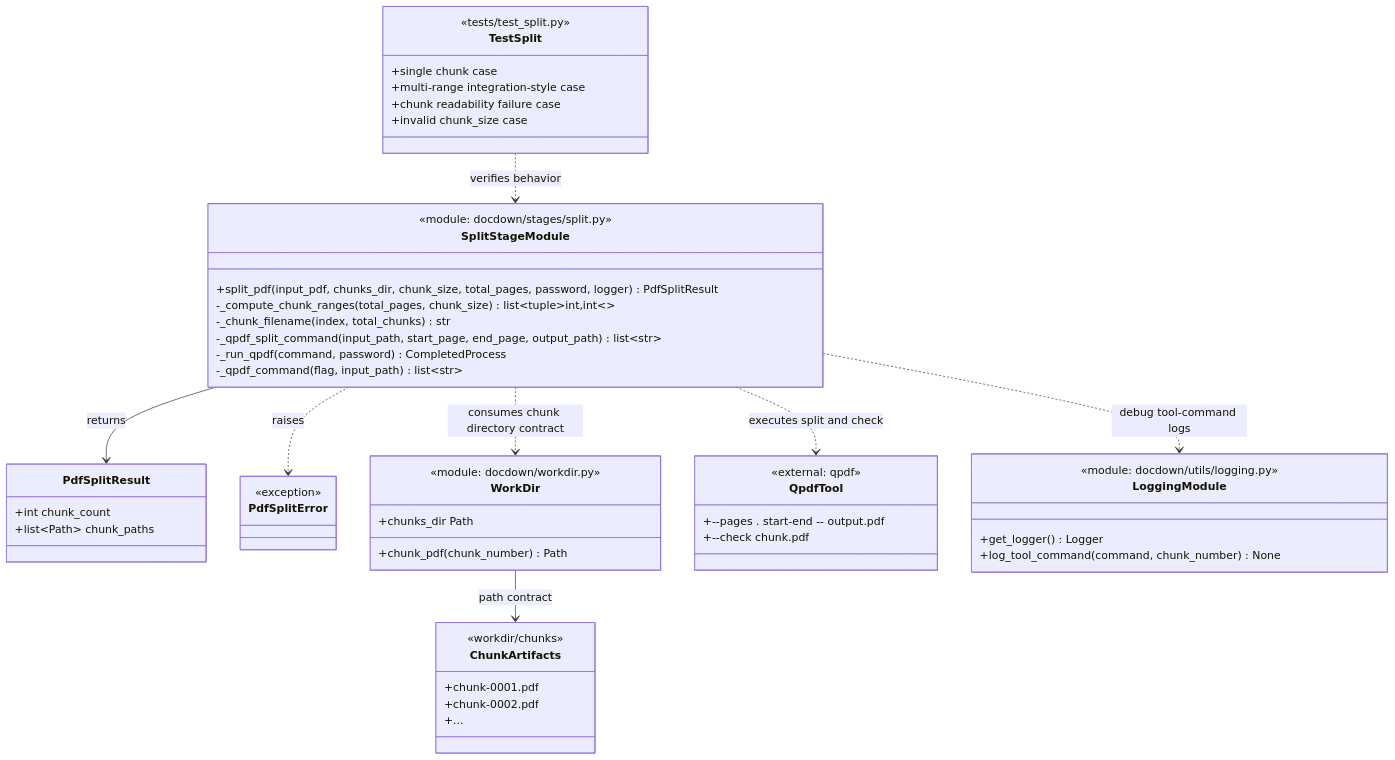
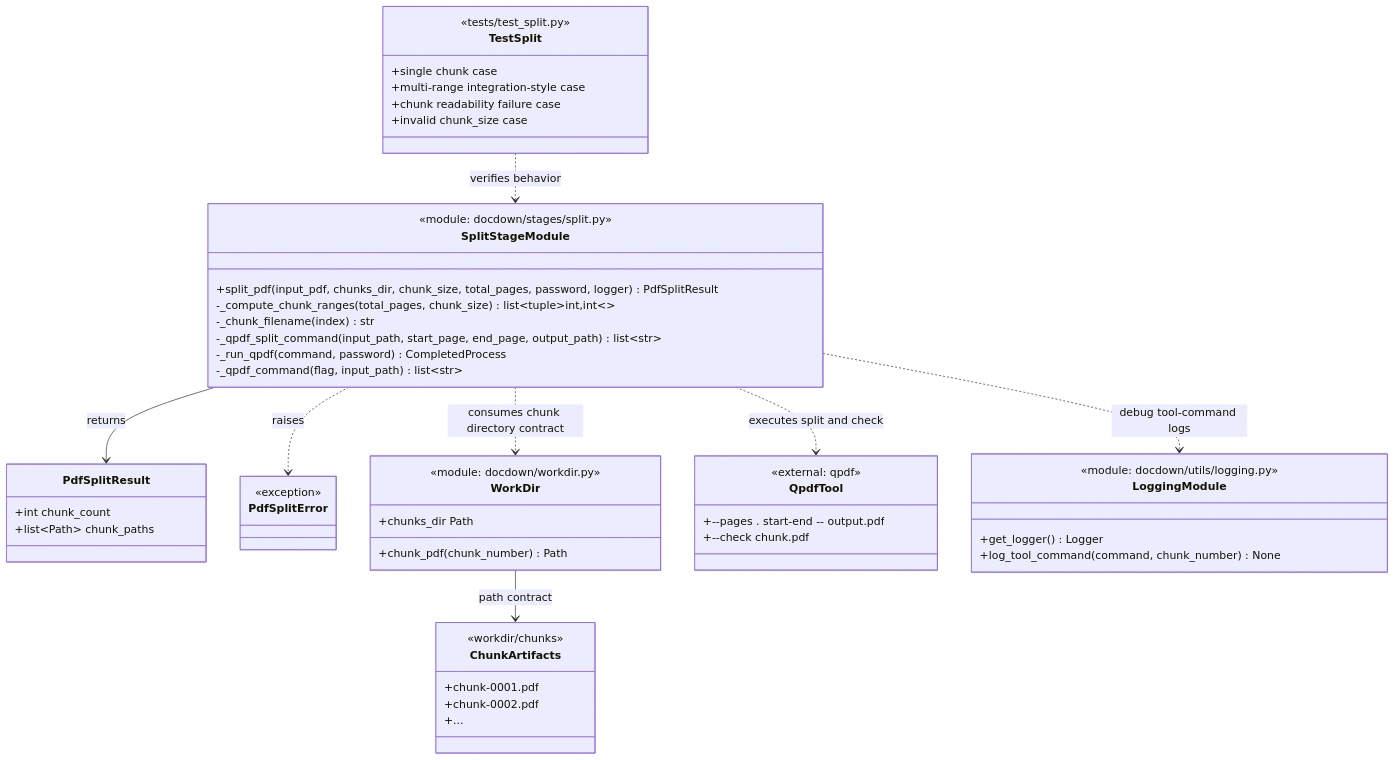
One commit to Frank-Yong/DocDown changed the diagram in docs/plan/task-2.2-chunk-splitting.md. Above: the diagram before and after it, drawn with Mermaid. The commit also changed other lines of this file and 2 other files, not shown here.

Commit message:
Enforce fixed 4-digit naming for PDF chunks and add error handling for exceeding chunk limits

````diff
--- a/docs/plan/task-2.2-chunk-splitting.md
+++ b/docs/plan/task-2.2-chunk-splitting.md
@@ -55,62 +55,62 @@
 ```mermaid
 classDiagram
     class PdfSplitResult {
         +int chunk_count
         +list~Path~ chunk_paths
     }
 
     class PdfSplitError {
         <<exception>>
     }
 
     class SplitStageModule {
         <<module: docdown/stages/split.py>>
         +split_pdf(input_pdf, chunks_dir, chunk_size, total_pages, password, logger) PdfSplitResult
         -_compute_chunk_ranges(total_pages, chunk_size) list~tuple~int,int~~
-        -_chunk_filename(index, total_chunks) str
+        -_chunk_filename(index) str
         -_qpdf_split_command(input_path, start_page, end_page, output_path) list~str~
         -_run_qpdf(command, password) CompletedProcess
         -_qpdf_command(flag, input_path) list~str~
     }
 
     class WorkDir {
         <<module: docdown/workdir.py>>
         +chunk_pdf(chunk_number) Path
         +chunks_dir Path
     }
 
     class QpdfTool {
         <<external: qpdf>>
         +--pages . start-end -- output.pdf
         +--check chunk.pdf
     }
 
     class ChunkArtifacts {
         <<workdir/chunks>>
         +chunk-0001.pdf
         +chunk-0002.pdf
         +...
     }
 
     class LoggingModule {
         <<module: docdown/utils/logging.py>>
         +get_logger() Logger
         +log_tool_command(command, chunk_number) None
     }
 
     class TestSplit {
         <<tests/test_split.py>>
         +single chunk case
         +multi-range integration-style case
         +chunk readability failure case
         +invalid chunk_size case
     }
 
     SplitStageModule --> PdfSplitResult : returns
     SplitStageModule ..> PdfSplitError : raises
     SplitStageModule ..> QpdfTool : executes split and check
     SplitStageModule ..> LoggingModule : debug tool-command logs
     SplitStageModule ..> WorkDir : consumes chunk directory contract
     WorkDir --> ChunkArtifacts : path contract
     TestSplit ..> SplitStageModule : verifies behavior
 ```
````
